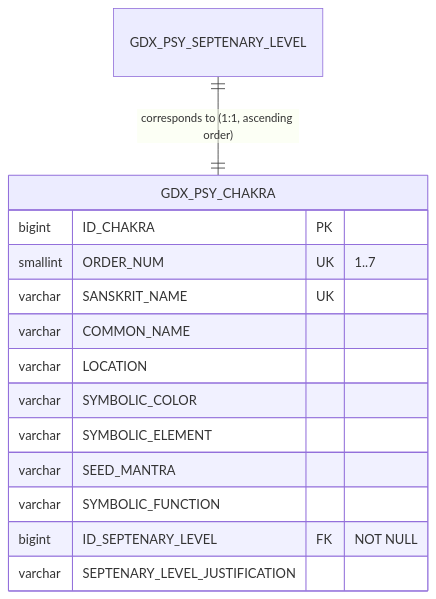
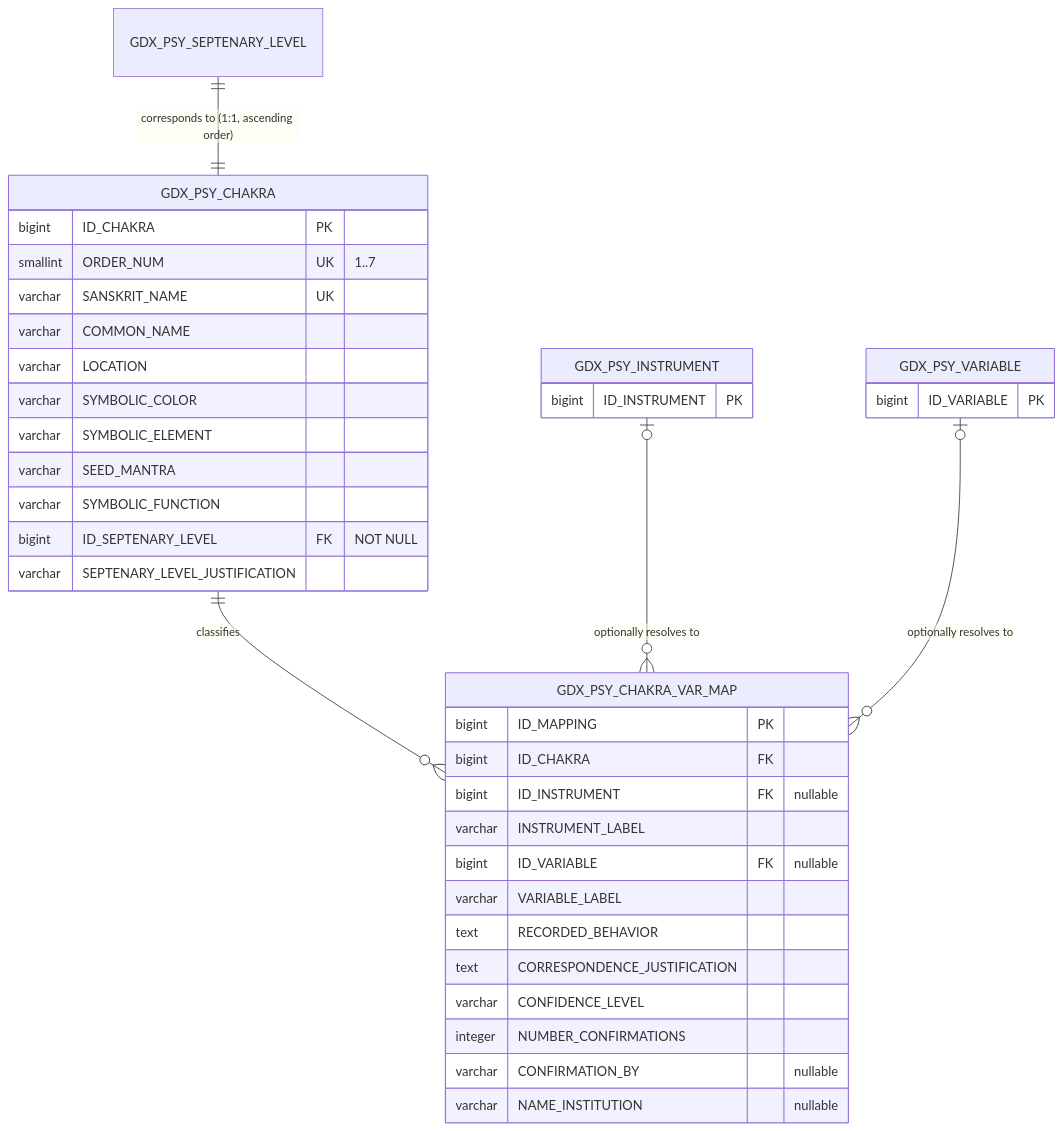
One commit to wilsonfda/godatax.human7 changed the third of 11 diagrams in GDX_HUMAN7_DEVELOPMENT_KIT.md. Above: the diagram before and after it, drawn with Mermaid. The commit also changed other lines of this file and 63 other files, not shown here.

````diff
--- a/GDX_HUMAN7_DEVELOPMENT_KIT.md
+++ b/GDX_HUMAN7_DEVELOPMENT_KIT.md
@@ -595,18 +671,41 @@
 ```mermaid
 erDiagram
     GDX_PSY_SEPTENARY_LEVEL ||--|| GDX_PSY_CHAKRA : "corresponds to (1:1, ascending order)"
+    GDX_PSY_CHAKRA ||--o{ GDX_PSY_CHAKRA_VAR_MAP : classifies
+    GDX_PSY_INSTRUMENT |o--o{ GDX_PSY_CHAKRA_VAR_MAP : "optionally resolves to"
+    GDX_PSY_VARIABLE |o--o{ GDX_PSY_CHAKRA_VAR_MAP : "optionally resolves to"
 
     GDX_PSY_CHAKRA {
         bigint ID_CHAKRA PK
         smallint ORDER_NUM UK "1..7"
         varchar SANSKRIT_NAME UK
         varchar COMMON_NAME
         varchar LOCATION
         varchar SYMBOLIC_COLOR
         varchar SYMBOLIC_ELEMENT
         varchar SEED_MANTRA
         varchar SYMBOLIC_FUNCTION
         bigint ID_SEPTENARY_LEVEL FK "NOT NULL"
         varchar SEPTENARY_LEVEL_JUSTIFICATION
     }
+    GDX_PSY_CHAKRA_VAR_MAP {
+        bigint ID_MAPPING PK
+        bigint ID_CHAKRA FK
+        bigint ID_INSTRUMENT FK "nullable"
+        varchar INSTRUMENT_LABEL
+        bigint ID_VARIABLE FK "nullable"
+        varchar VARIABLE_LABEL
+        text RECORDED_BEHAVIOR
+        text CORRESPONDENCE_JUSTIFICATION
+        varchar CONFIDENCE_LEVEL
+        integer NUMBER_CONFIRMATIONS
+        varchar CONFIRMATION_BY "nullable"
+        varchar NAME_INSTITUTION "nullable"
+    }
+    GDX_PSY_INSTRUMENT {
+        bigint ID_INSTRUMENT PK
+    }
+    GDX_PSY_VARIABLE {
+        bigint ID_VARIABLE PK
+    }
 ```
````
